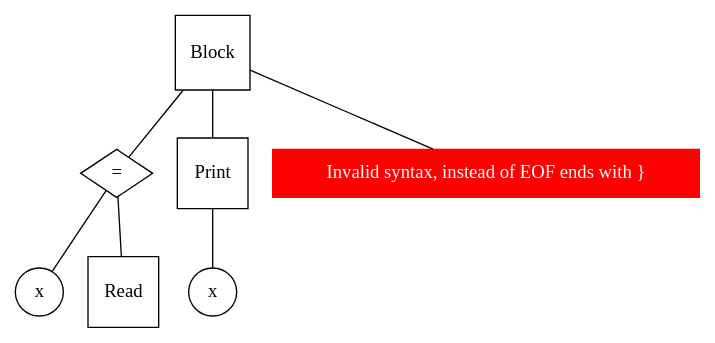
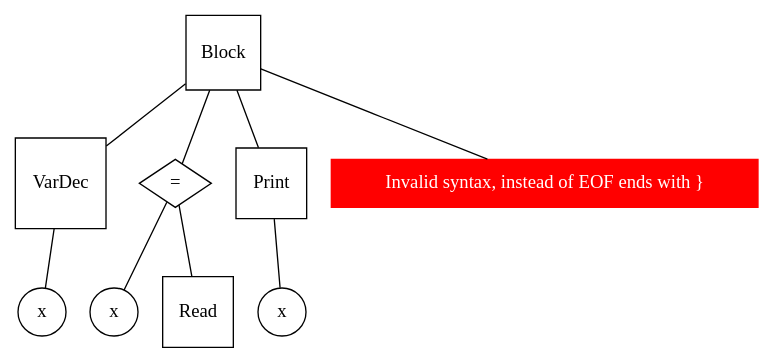
One commit to cemmanuelsr/compiler changed the diagram in graphs/dot/test_26.dot. Above: the diagram before and after it, drawn with Graphviz. The commit also changed 28 other files, not shown here.

```diff
--- a/graphs/dot/test_26.dot
+++ b/graphs/dot/test_26.dot
@@ -1,16 +1,20 @@
 graph g {
 n0 [label = "Block", shape="square"]
-n1 [label = "x", shape="circle"]
-n2 [label = "=", shape="diamond"]
-n3 [label = "Read", shape="square"]
-n4 [label = "Print", shape="square"]
-n5 [label = "x", shape="circle"]
+n1 [label = "VarDec", shape="square"]
+n2 [label = "x", shape="circle"]
+n3 [label = "x", shape="circle"]
+n4 [label = "=", shape="diamond"]
+n5 [label = "Read", shape="square"]
+n6 [label = "Print", shape="square"]
+n7 [label = "x", shape="circle"]
 error [label = "Invalid syntax, instead of EOF ends with }", color="red", style="filled", shape="box", fontcolor="white"]
 
-"n2" -- "n1"
-"n2" -- "n3"
-"n0" -- "n2"
+"n1" -- "n2"
+"n0" -- "n1"
+"n4" -- "n3"
 "n4" -- "n5"
 "n0" -- "n4"
+"n6" -- "n7"
+"n0" -- "n6"
 "n0" -- "error"
 }
```
